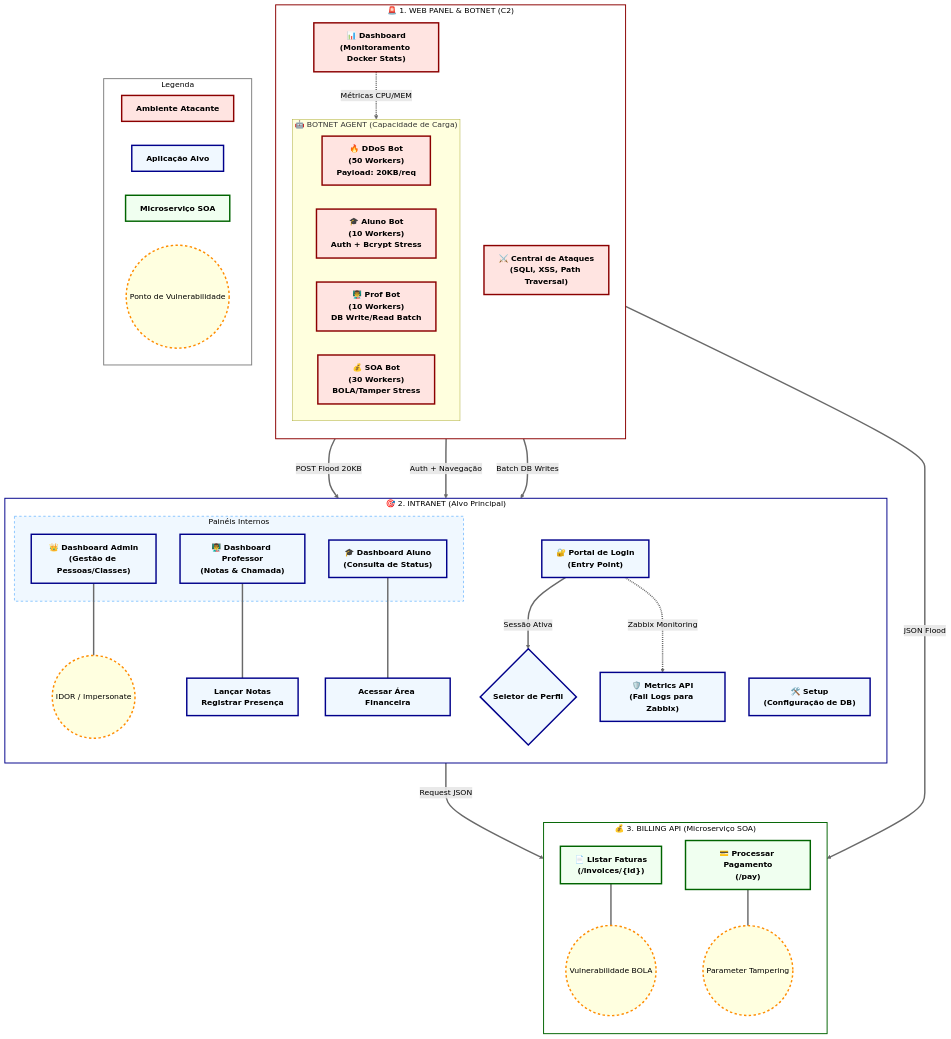
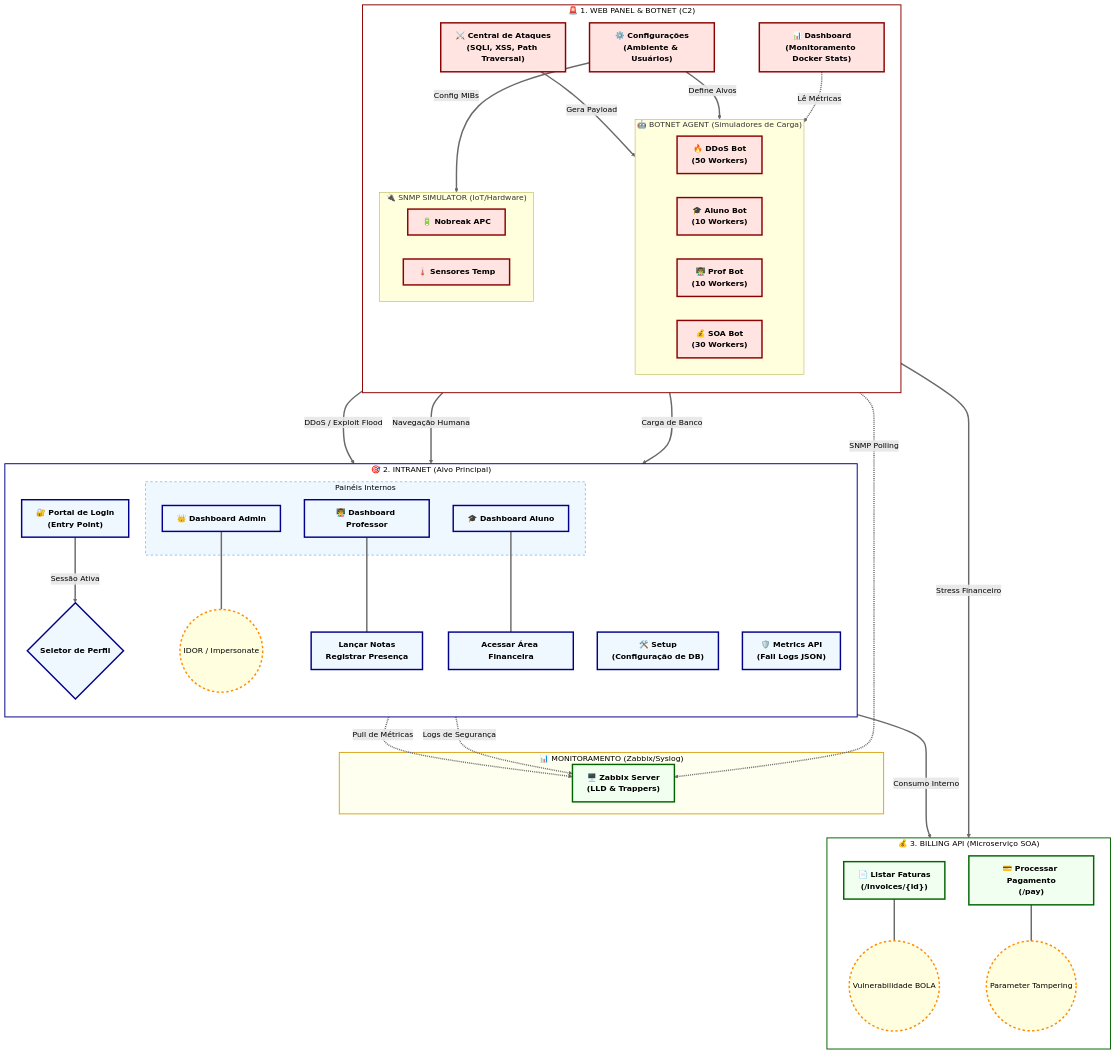
Before and after one commit to AugustoRubio/PI_5SEMESTRE_MONITORAMENTO: the diagram in docs/diagrama_funcionalidades.md, drawn with Mermaid. The commit also changed other lines of this file, not shown here.

Commit message:
docs: finalize diagram by connecting orphan components and adding monitoring layer

````diff
--- a/docs/diagrama_funcionalidades.md
+++ b/docs/diagrama_funcionalidades.md
@@ -13,7 +13,6 @@
     classDef targetNode fill:aliceblue,stroke:darkblue,stroke-width:3px,color:black,font-weight:bold;
     classDef microserviceNode fill:honeydew,stroke:darkgreen,stroke-width:3px,color:black,font-weight:bold;
     classDef vulnerability fill:lightyellow,stroke:darkorange,stroke-width:3px,color:black,stroke-dasharray: 5 5;
-    classDef metricsNode fill:white,stroke:dimgray,stroke-width:1px,color:black,font-size:10px;
 
     %% Estilo global para as setas
     linkStyle default stroke:dimgray,stroke-width:3px,color:black;
@@ -25,16 +24,27 @@
         direction TB
         WP_Stats["📊 Dashboard\n(Monitoramento Docker Stats)"]
         WP_Attacks["⚔️ Central de Ataques\n(SQLi, XSS, Path Traversal)"]
+        WP_Admin["⚙️ Configurações\n(Ambiente & Usuários)"]
         
-        subgraph Botnet_Agent ["🤖 BOTNET AGENT (Capacidade de Carga)"]
+        subgraph Botnet_Agent ["🤖 BOTNET AGENT (Simuladores de Carga)"]
             direction LR
-            BOT_DDOS["🔥 DDoS Bot\n(50 Workers)\nPayload: 20KB/req"]:::attackerNode
-            BOT_STUD["🎓 Aluno Bot\n(10 Workers)\nAuth + Bcrypt Stress"]:::attackerNode
-            BOT_PROF["👨‍🏫 Prof Bot\n(10 Workers)\nDB Write/Read Batch"]:::attackerNode
-            BOT_SOA["💰 SOA Bot\n(30 Workers)\nBOLA/Tamper Stress"]:::attackerNode
+            BOT_DDOS["🔥 DDoS Bot\n(50 Workers)"]:::attackerNode
+            BOT_STUD["🎓 Aluno Bot\n(10 Workers)"]:::attackerNode
+            BOT_PROF["👨‍🏫 Prof Bot\n(10 Workers)"]:::attackerNode
+            BOT_SOA["💰 SOA Bot\n(30 Workers)"]:::attackerNode
         end
 
-        WP_Stats -.-> |"Métricas CPU/MEM"| Botnet_Agent
+        subgraph SNMP_Simulator ["🔌 SNMP SIMULATOR (IoT/Hardware)"]
+            direction LR
+            SNMP_APC["🔋 Nobreak APC"]:::attackerNode
+            SNMP_TEMP["🌡️ Sensores Temp"]:::attackerNode
+        end
+
+        %% Conexões de Controle Interno
+        WP_Admin --> |"Define Alvos"| Botnet_Agent
+        WP_Admin --> |"Config MIBs"| SNMP_Simulator
+        WP_Stats -.-> |"Lê Métricas"| Botnet_Agent
+        WP_Attacks --> |"Gera Payload"| BOT_DDOS
     end
 
     %% ==========================================
@@ -48,17 +58,18 @@
         INT_Login ==> |"Sessão Ativa"| INT_Router{Seletor de Perfil}
         
         subgraph Dashboards ["Painéis Internos"]
-            INT_Admin["👑 Dashboard Admin\n(Gestão de Pessoas/Classes)"]
-            INT_Prof["👨‍🏫 Dashboard Professor\n(Notas & Chamada)"]
-            INT_Stud["🎓 Dashboard Aluno\n(Consulta de Status)"]
+            INT_Admin["👑 Dashboard Admin"]
+            INT_Prof["👨‍🏫 Dashboard Professor"]
+            INT_Stud["🎓 Dashboard Aluno"]
         end
 
-        %% Ações Específicas Detalhadas
+        %% Ações e Vulnerabilidades
         INT_Admin --- ADM_Impersonate((IDOR / Impersonate)):::vulnerability
         INT_Prof --- PROF_Actions["Lançar Notas\nRegistrar Presença"]
         INT_Stud --- STUD_Billing["Acessar Área Financeira"]
         
-        INT_Sec["🛡️ Metrics API\n(Fail Logs para Zabbix)"]
+        %% Métricas de Segurança
+        INT_Sec["🛡️ Metrics API\n(Fail Logs JSON)"]
     end
 
     %% ==========================================
@@ -74,37 +85,40 @@
     end
 
     %% ==========================================
-    %% Conexões de Alta Visibilidade (Inter-Sistemas)
+    %% Subgrafo: Camada de Monitoramento (Externo)
+    %% ==========================================
+    subgraph Monitoring ["📊 MONITORAMENTO (Zabbix/Syslog)"]
+        ZABBIX["🖥️ Zabbix Server\n(LLD & Trappers)"]
+    end
+
+    %% ==========================================
+    %% Conexões de Alta Visibilidade (Fluxo Completo)
     %% ==========================================
     
-    BOT_DDOS ===> |"POST Flood 20KB"| INT_Login
-    BOT_STUD ===> |"Auth + Navegação"| INT_Login
-    BOT_PROF ===> |"Batch DB Writes"| INT_Login
-    BOT_SOA ===> |"JSON Flood"| BILL_Invoices
+    %% Atacante -> Alvo
+    BOT_DDOS ===> |"DDoS / Exploit Flood"| INT_Login
+    BOT_STUD ===> |"Navegação Humana"| INT_Login
+    BOT_PROF ===> |"Carga de Banco"| INT_Login
+    BOT_SOA ===> |"Stress Financeiro"| BILL_Invoices
     
-    STUD_Billing ===> |"Request JSON"| BILL_Invoices
-    INT_Login -.-> |"Zabbix Monitoring"| INT_Sec
-
-    %% ==========================================
-    %% Legenda de Cores
-    %% ==========================================
-    subgraph Legenda
-        direction LR
-        L1[Ambiente Atacante]:::attackerNode
-        L2[Aplicação Alvo]:::targetNode
-        L3[Microserviço SOA]:::microserviceNode
-        L4((Ponto de Vulnerabilidade)):::vulnerability
-    end
+    %% Alvo -> Microserviço
+    STUD_Billing ===> |"Consumo Interno"| BILL_Invoices
+    
+    %% Fluxo de Monitoramento (Onde os dados são coletados)
+    INT_Sec -.-> |"Pull de Métricas"| ZABBIX
+    SNMP_Simulator -.-> |"SNMP Polling"| ZABBIX
+    INT_Login -.-> |"Logs de Segurança"| ZABBIX
 
     %% Estilização de Subgrafos
     style Web_Panel fill:white,stroke:darkred,stroke-width:2px,color:black
     style Intranet_App fill:white,stroke:darkblue,stroke-width:2px,color:black
     style Billing_Microservice fill:white,stroke:darkgreen,stroke-width:2px,color:black
     style Dashboards fill:aliceblue,stroke:dodgerblue,stroke-dasharray: 5 5,color:black
-    style Legenda fill:white,stroke:gray,stroke-width:2px,color:black
+    style Monitoring fill:ivory,stroke:goldenrod,stroke-width:2px,color:black
 
-    %% Aplicação de Classes aos nós
-    class WP_Stats,WP_Attacks attackerNode;
+    %% Aplicação de Classes
+    class WP_Stats,WP_Attacks,WP_Admin attackerNode;
     class INT_Setup,INT_Login,INT_Admin,INT_Prof,INT_Stud,INT_Sec,PROF_Actions,STUD_Billing,INT_Router targetNode;
     class BILL_Invoices,BILL_Pay microserviceNode;
+    class ZABBIX microserviceNode;
 ```
````
